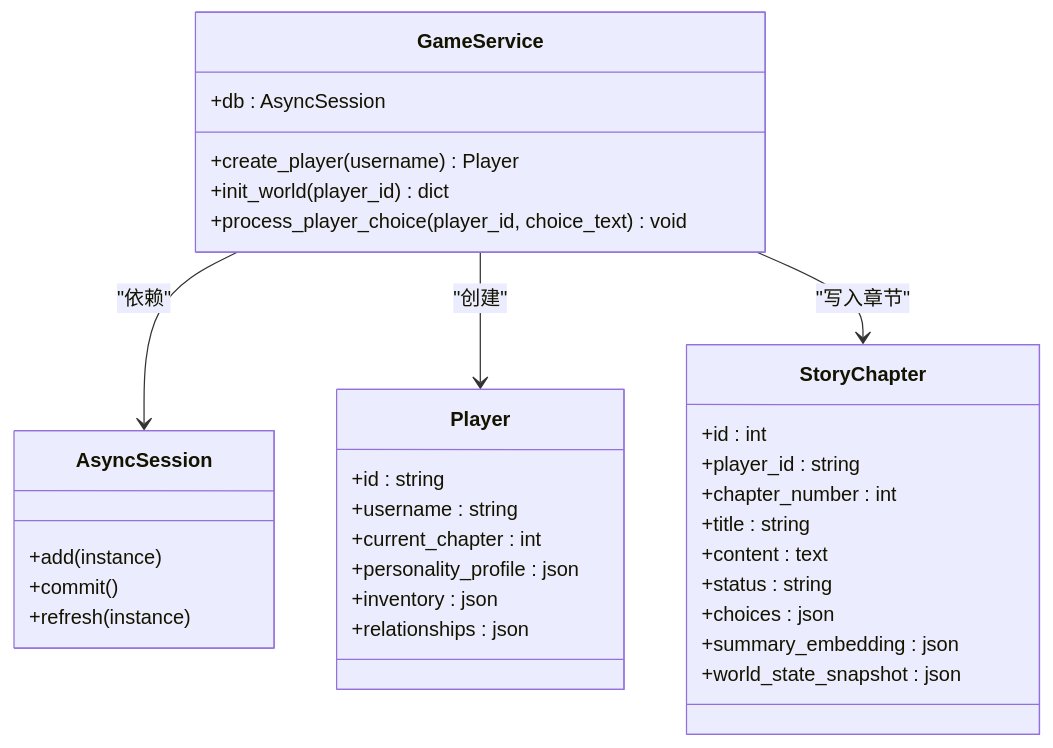
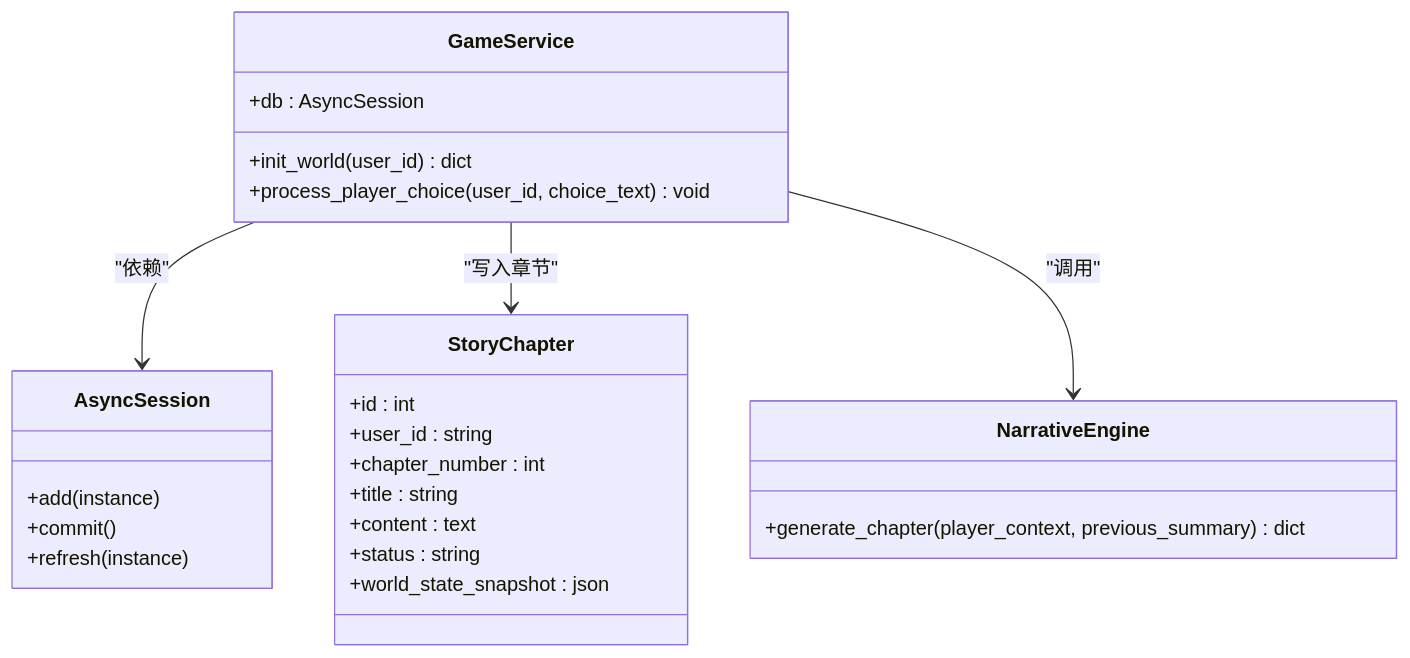
Before and after one commit to KunLabAI/KunFlix: the third of 12 diagrams in .qoder/repowiki/zh/content/后端开发指南/业务逻辑层.md, drawn with Mermaid. The commit also changed other lines of this file and 25 other files, not shown here.

````diff
--- a/.qoder/repowiki/zh/content/后端开发指南/业务逻辑层.md
+++ b/.qoder/repowiki/zh/content/后端开发指南/业务逻辑层.md
@@ -168,36 +224,28 @@
 ```mermaid
 classDiagram
 class GameService {
 +db : AsyncSession
-+create_player(username) Player
-+init_world(player_id) dict
-+process_player_choice(player_id, choice_text) void
++init_world(user_id) dict
++process_player_choice(user_id, choice_text) void
 }
 class AsyncSession {
 +add(instance)
 +commit()
 +refresh(instance)
 }
-class Player {
-+id : string
-+username : string
-+current_chapter : int
-+personality_profile : json
-+inventory : json
-+relationships : json
-}
 class StoryChapter {
 +id : int
-+player_id : string
++user_id : string
 +chapter_number : int
 +title : string
 +content : text
 +status : string
-+choices : json
-+summary_embedding : json
 +world_state_snapshot : json
 }
+class NarrativeEngine {
++generate_chapter(player_context, previous_summary) dict
+}
 GameService --> AsyncSession : "依赖"
-GameService --> Player : "创建"
 GameService --> StoryChapter : "写入章节"
+GameService --> NarrativeEngine : "调用"
 ```
````
